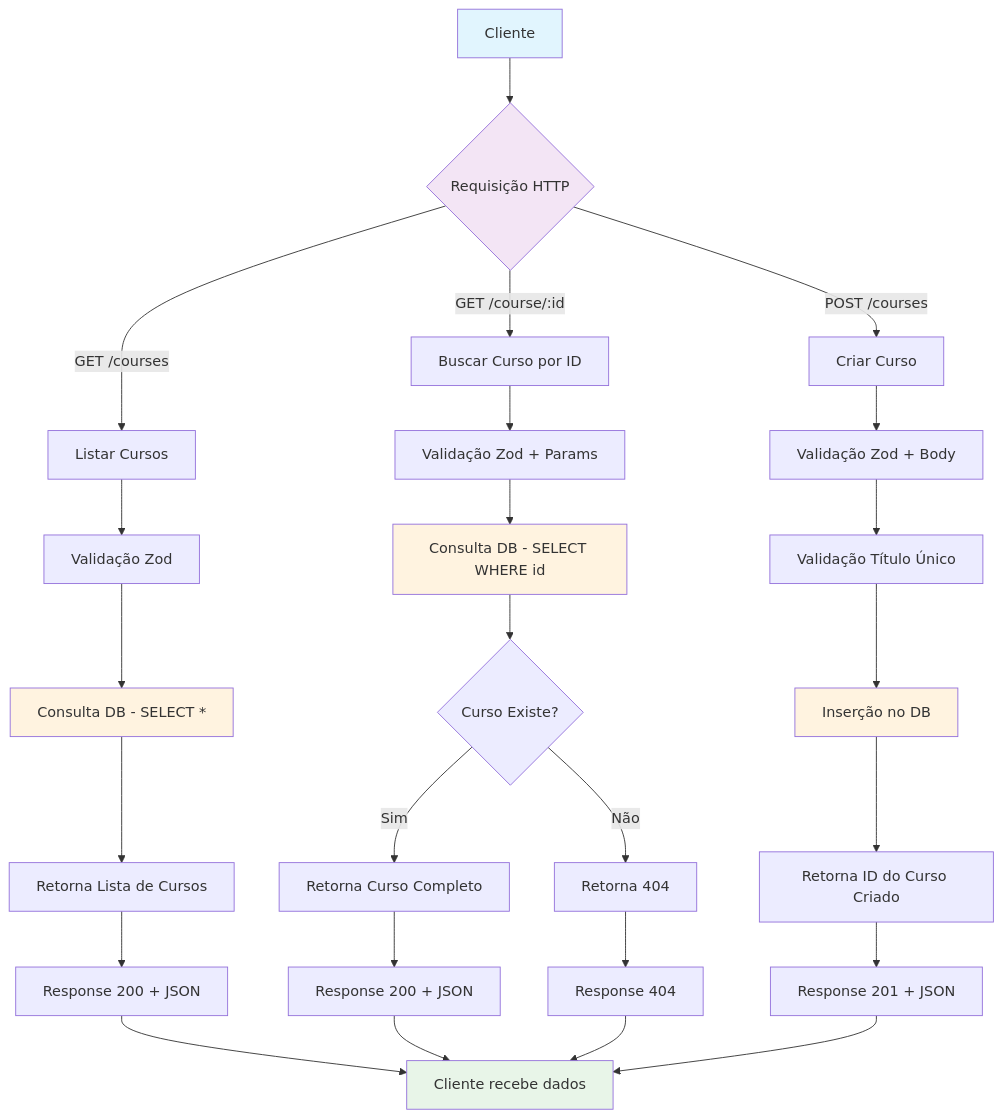
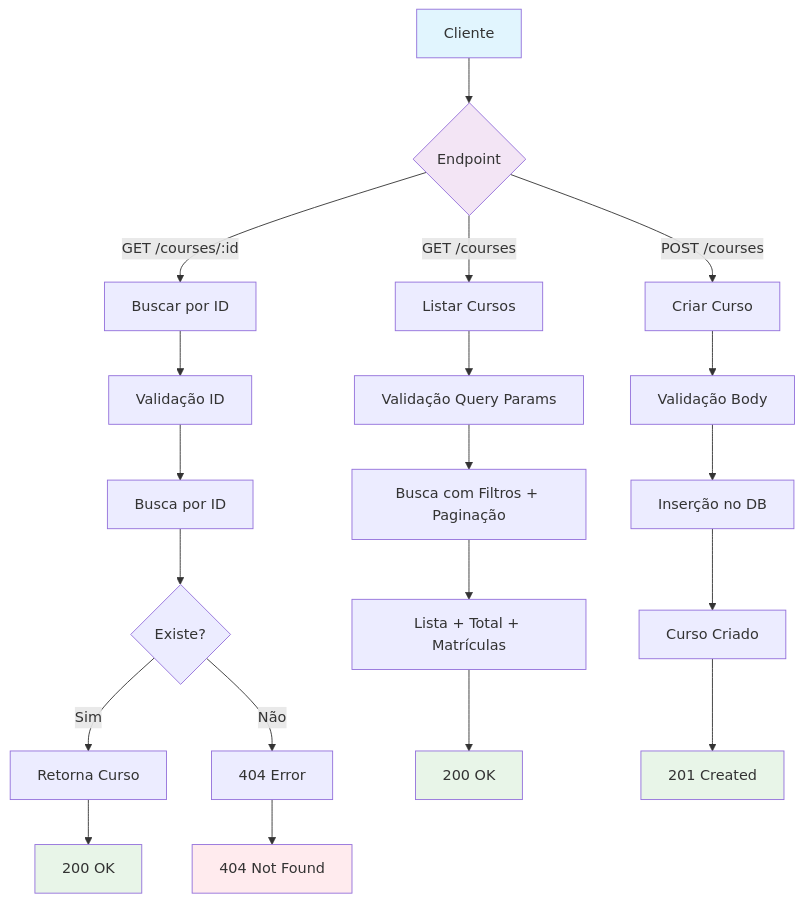
Before and after one commit to GiovanaNapoli/desafio-rocketseat-nodejs: the diagram in README.md, drawn with Mermaid. The commit also changed other lines of this file, not shown here.

````diff
--- a/README.md
+++ b/README.md
@@ -40,42 +71,35 @@
 ```mermaid
 flowchart TD
-    A[Cliente] --> B{Requisição HTTP}
+    A[Cliente] --> B{Endpoint}
     
     B -->|GET /courses| C[Listar Cursos]
-    B -->|GET /course/:id| D[Buscar Curso por ID]
+    B -->|GET /courses/:id| D[Buscar por ID]
     B -->|POST /courses| E[Criar Curso]
     
-    C --> F[Validação Zod]
-    D --> G[Validação Zod + Params]
-    E --> H[Validação Zod + Body]
+    C --> F[Validação Query Params]
+    D --> G[Validação ID]
+    E --> H[Validação Body]
     
-    F --> I[Consulta DB - SELECT *]
-    G --> J[Consulta DB - SELECT WHERE id]
-    H --> K[Validação Título Único]
+    F --> I[Busca com Filtros + Paginação]
+    G --> J[Busca por ID]
+    H --> K[Inserção no DB]
     
-    I --> L[Retorna Lista de Cursos]
-    J --> M{Curso Existe?}
-    K --> N[Inserção no DB]
+    I --> L[Lista + Total + Matrículas]
+    J --> M{Existe?}
+    K --> N[Curso Criado]
     
-    M -->|Sim| O[Retorna Curso Completo]
-    M -->|Não| P[Retorna 404]
+    M -->|Sim| O[Retorna Curso]
+    M -->|Não| P[404 Error]
     
-    N --> Q[Retorna ID do Curso Criado]
-    
-    L --> R[Response 200 + JSON]
-    O --> S[Response 200 + JSON]
-    P --> T[Response 404]
-    Q --> U[Response 201 + JSON]
-    
-    R --> V[Cliente recebe dados]
-    S --> V
-    T --> V
-    U --> V
+    L --> Q[200 OK]
+    O --> R[200 OK] 
+    P --> S[404 Not Found]
+    N --> T[201 Created]
     
     style A fill:#e1f5fe
     style B fill:#f3e5f5
-    style V fill:#e8f5e8
-    style I fill:#fff3e0
-    style J fill:#fff3e0
-    style N fill:#fff3e0
+    style Q fill:#e8f5e8
+    style R fill:#e8f5e8
+    style S fill:#ffebee
+    style T fill:#e8f5e8
 ```
````
